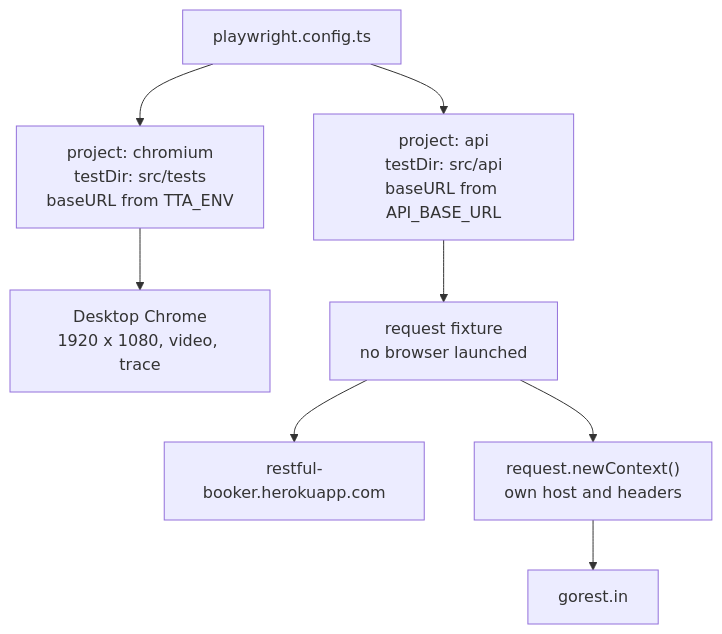
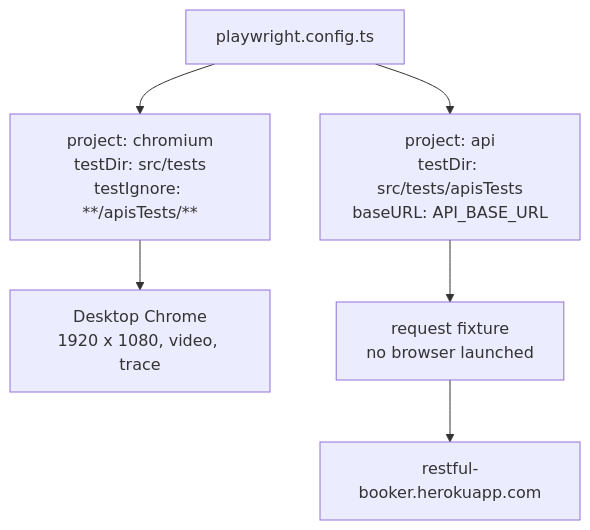
Before and after one commit to PramodDutta/AdvancePlaywrightFramework2x: the third of 10 diagrams in README.md, drawn with Mermaid. The commit also changed other lines of this file and 20 other files, not shown here.

````diff
--- a/README.md
+++ b/README.md
@@ -231,10 +230,8 @@
 ```mermaid
 flowchart TD
-    C["playwright.config.ts"] --> P1["project: chromium<br/>testDir: src/tests<br/>baseURL from TTA_ENV"]
-    C --> P2["project: api<br/>testDir: src/api<br/>baseURL from API_BASE_URL"]
+    C["playwright.config.ts"] --> P1["project: chromium<br/>testDir: src/tests<br/>testIgnore: **/apisTests/**"]
+    C --> P2["project: api<br/>testDir: src/tests/apisTests<br/>baseURL: API_BASE_URL"]
     P1 --> B["Desktop Chrome<br/>1920 x 1080, video, trace"]
     P2 --> R["request fixture<br/>no browser launched"]
     R --> RB["restful-booker.herokuapp.com"]
-    R --> NC["request.newContext()<br/>own host and headers"]
-    NC --> GO["gorest.in"]
 ```
````
